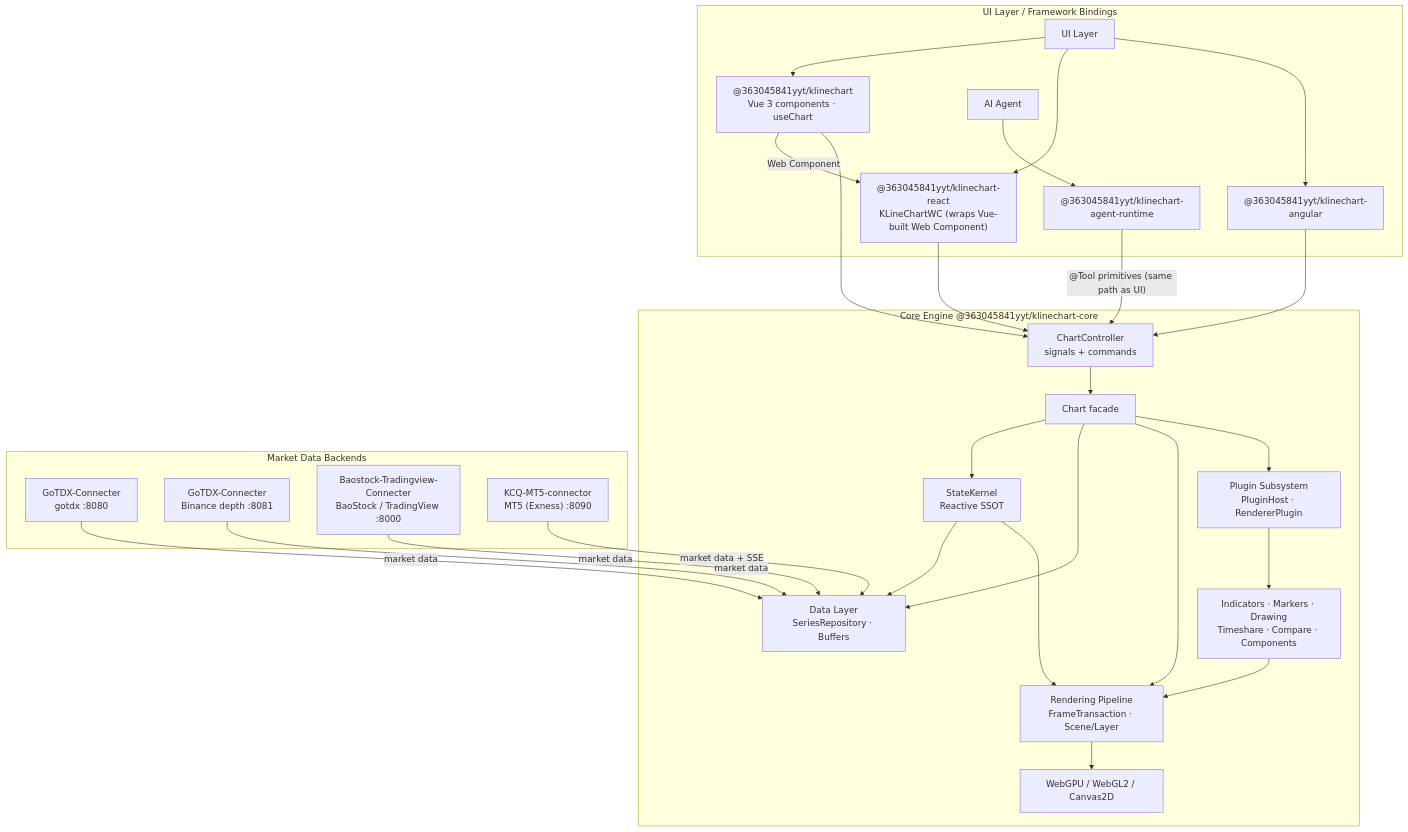
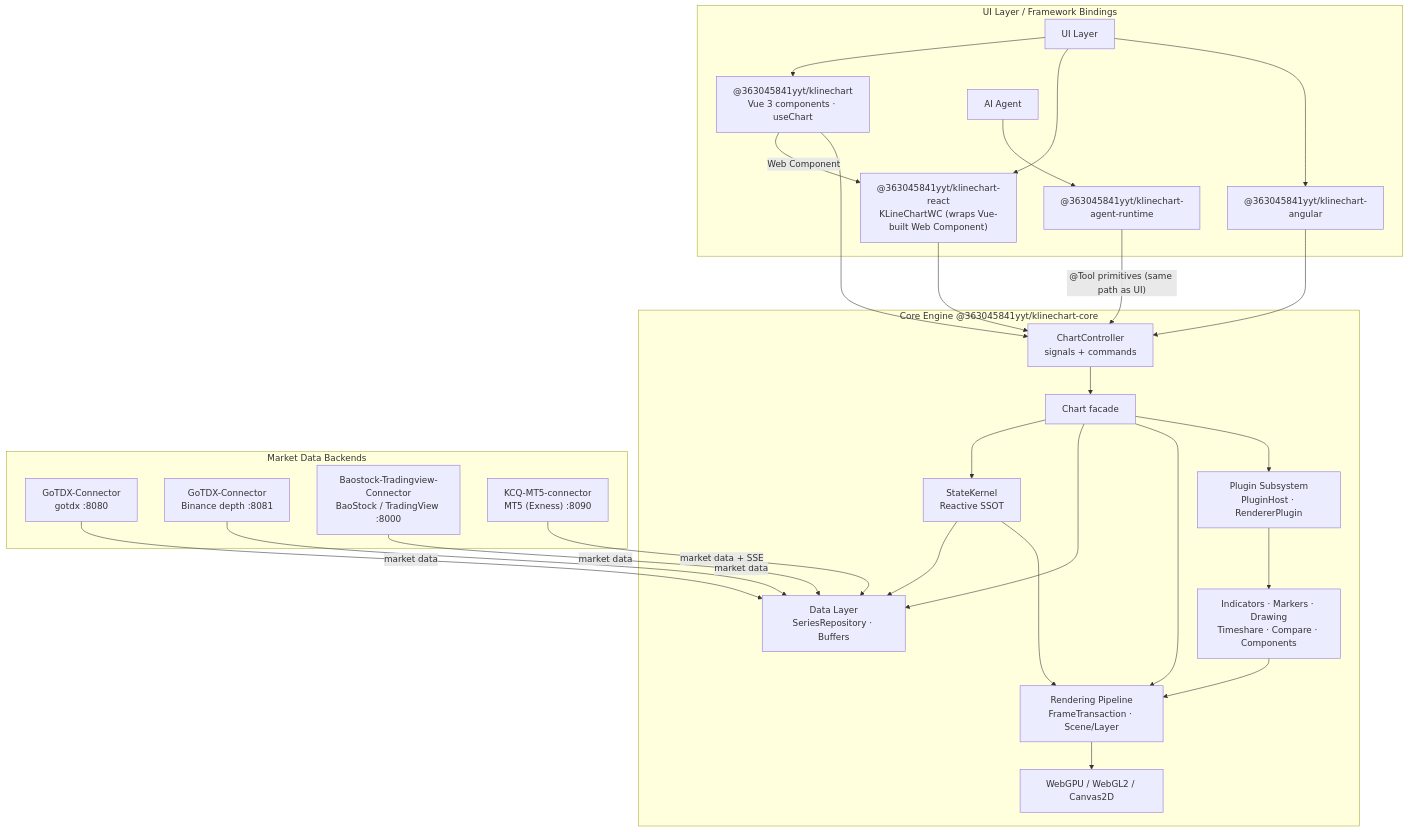
The diagram in README.md (363045841/KLineChartQuant), drawn with Mermaid before and after one commit. The commit also changed other lines of this file and 25 other files, not shown here.

First line of the commit message:
refactor(scripts)!: rename connecter to connector

````diff
--- a/README.md
+++ b/README.md
@@ -75,53 +75,53 @@
 ```mermaid
 flowchart TB
     subgraph app["UI Layer / Framework Bindings"]
         UI["UI Layer"]
         VuePkg["@363045841yyt/klinechart<br/>Vue 3 components · useChart"]
         ReactPkg["@363045841yyt/klinechart-react<br/>KLineChartWC (wraps Vue-built Web Component)"]
         AngularPkg["@363045841yyt/klinechart-angular"]
         Agent["AI Agent"]
         AgentRt["@363045841yyt/klinechart-agent-runtime"]
     end
 
     subgraph core["Core Engine @363045841yyt/klinechart-core"]
         Ctl["ChartController<br/>signals + commands"]
         Chart["Chart facade"]
         Kernel["StateKernel<br/>Reactive SSOT"]
         Data["Data Layer<br/>SeriesRepository · Buffers"]
         Pipe["Rendering Pipeline<br/>FrameTransaction · Scene/Layer"]
         GPU["WebGPU / WebGL2 / Canvas2D"]
         Plugin["Plugin Subsystem<br/>PluginHost · RendererPlugin"]
         Biz["Indicators · Markers · Drawing<br/>Timeshare · Compare · Components"]
     end
 
     subgraph conn["Market Data Backends"]
-        Go["GoTDX-Connecter<br/>gotdx :8080"]
-        Bn["GoTDX-Connecter<br/>Binance depth :8081"]
-        Bs["Baostock-Tradingview-Connecter<br/>BaoStock / TradingView :8000"]
+        Go["GoTDX-Connector<br/>gotdx :8080"]
+        Bn["GoTDX-Connector<br/>Binance depth :8081"]
+        Bs["Baostock-Tradingview-Connector<br/>BaoStock / TradingView :8000"]
         Mt["KCQ-MT5-connector<br/>MT5 (Exness) :8090"]
     end
 
     UI --> VuePkg
     UI --> ReactPkg
     UI --> AngularPkg
     VuePkg -->|"Web Component"| ReactPkg
     Agent --> AgentRt
     VuePkg --> Ctl
     ReactPkg --> Ctl
     AngularPkg --> Ctl
     AgentRt -->|"@Tool primitives (same path as UI)"| Ctl
     Ctl --> Chart
     Chart --> Kernel
     Chart --> Data
     Chart --> Pipe
     Chart --> Plugin
     Plugin --> Biz
     Biz --> Pipe
     Pipe --> GPU
     Go -->|market data| Data
     Bn -->|market data| Data
     Bs -->|market data| Data
     Mt -->|"market data + SSE"| Data
     Kernel --> Data
     Kernel --> Pipe
 ```
````
